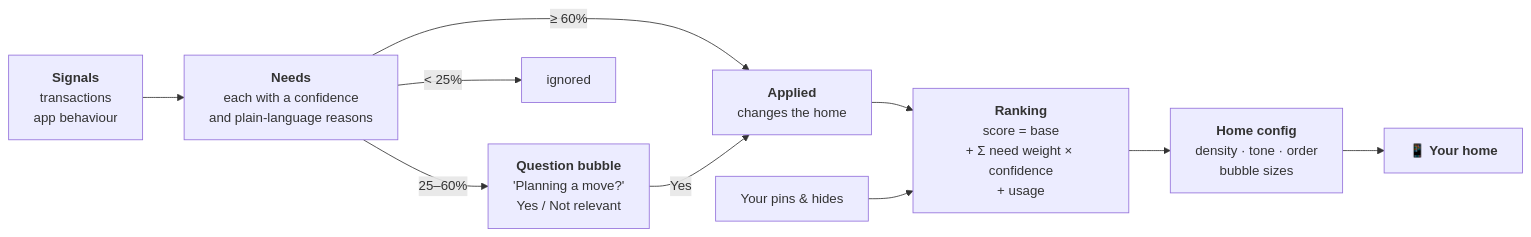
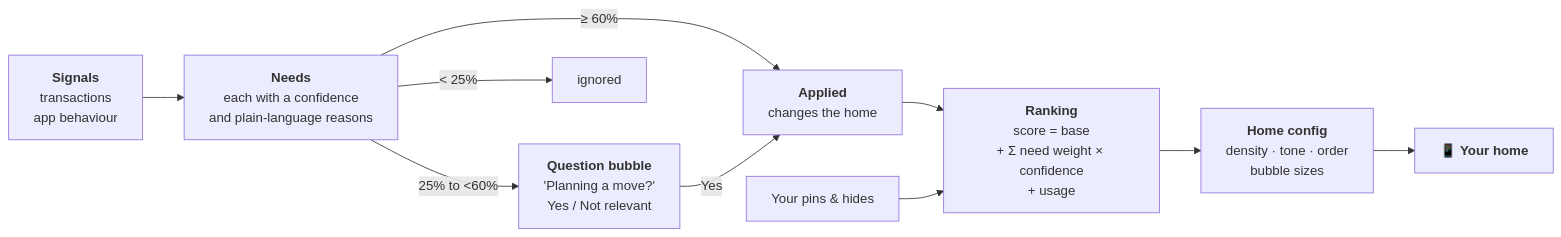
The first of 2 diagrams in README.md (emma-smashvision/hackathon_tectonic), drawn with Mermaid before and after one commit. The commit also changed other lines of this file and 3 other files, not shown here.

````diff
--- a/README.md
+++ b/README.md
@@ -58,12 +62,12 @@
 ```mermaid
 flowchart LR
     A["<b>Signals</b><br/>transactions<br/>app behaviour"] --> B["<b>Needs</b><br/>each with a confidence<br/>and plain-language reasons"]
     B -->|"≥ 60%"| C["<b>Applied</b><br/>changes the home"]
-    B -->|"25–60%"| Q["<b>Question bubble</b><br/>'Planning a move?'<br/>Yes / Not relevant"]
+    B -->|"25% to <60%"| Q["<b>Question bubble</b><br/>'Planning a move?'<br/>Yes / Not relevant"]
     B -->|"< 25%"| X["ignored"]
     C --> D["<b>Ranking</b><br/>score = base<br/>+ Σ need weight × confidence<br/>+ usage"]
     Q -->|"Yes"| C
     D --> E["<b>Home config</b><br/>density · tone · order<br/>bubble sizes"]
     P["Your pins & hides"] --> D
     E --> F["📱 <b>Your home</b>"]
 ```
````
